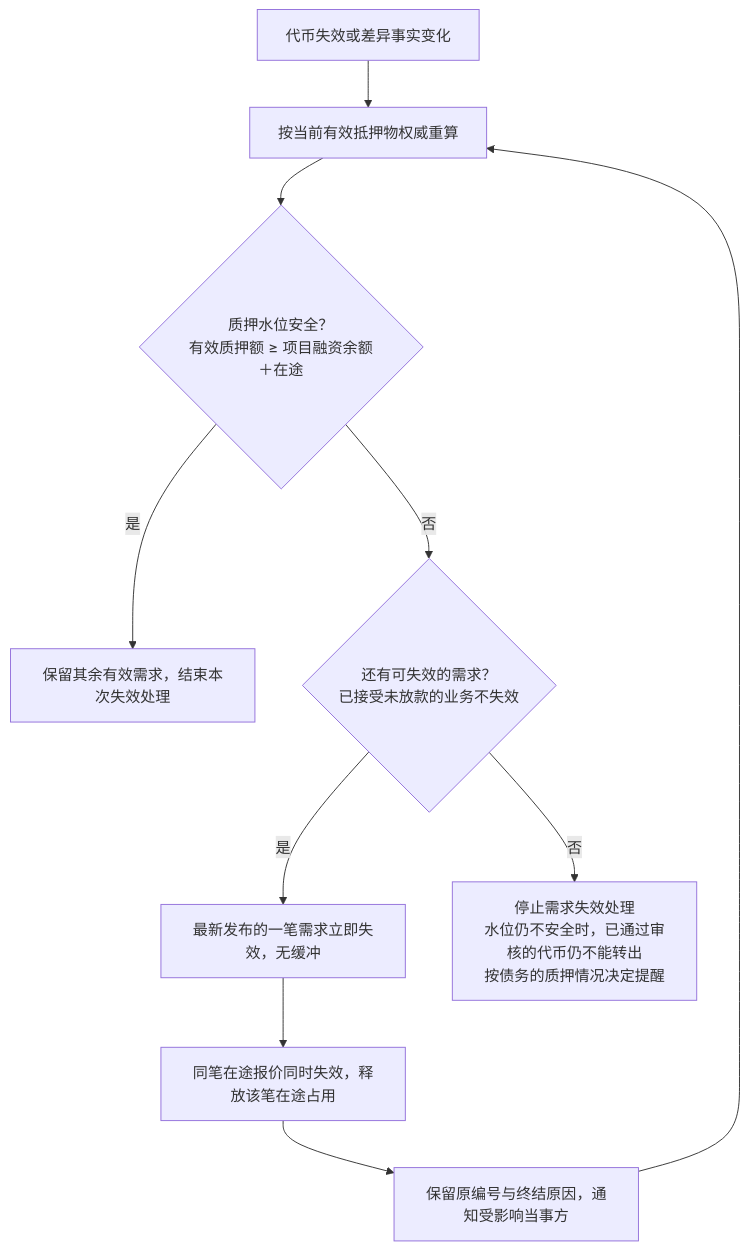
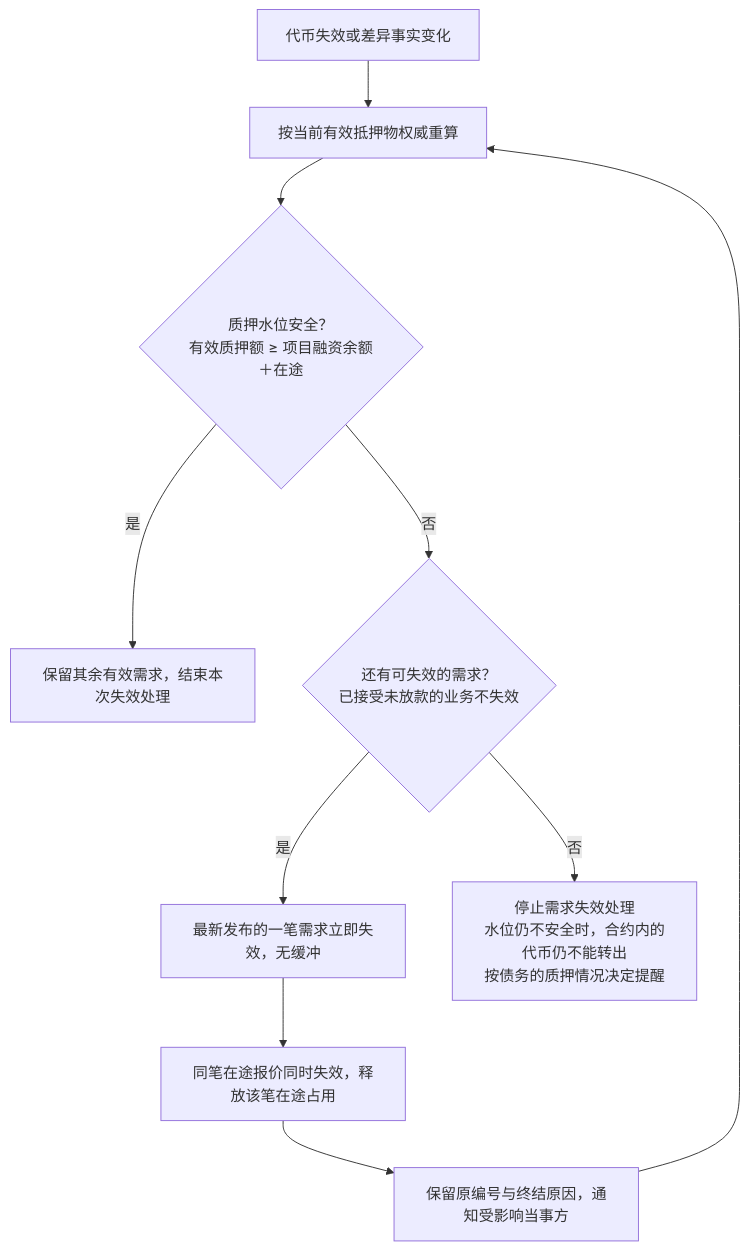
The fourth of 9 diagrams in lending-platform/PRD/面客端/05-借贷广场-融资需求与代币质押/02-融资需求与代币质押-流程图与状态机.md (wxblockchain/Chain-Financing), drawn with Mermaid before and after one commit. The commit also changed other lines of this file and 28 other files, not shown here.

````diff
--- a/lending-platform/PRD/面客端/05-借贷广场-融资需求与代币质押/02-融资需求与代币质押-流程图与状态机.md
+++ b/lending-platform/PRD/面客端/05-借贷广场-融资需求与代币质押/02-融资需求与代币质押-流程图与状态机.md
@@ -120,12 +112,12 @@
 ```mermaid
 flowchart TD
   A[代币失效或差异事实变化] --> B[按当前有效抵押物权威重算]
   B --> C{"质押水位安全？<br/>有效质押额 ≥ 项目融资余额＋在途"}
   C -- 是 --> D[保留其余有效需求，结束本次失效处理]
   C -- 否 --> E{"还有可失效的需求？<br/>已接受未放款的业务不失效"}
   E -- 是 --> F[最新发布的一笔需求立即失效，无缓冲]
   F --> G[同笔在途报价同时失效，释放该笔在途占用]
   G --> H[保留原编号与终结原因，通知受影响当事方]
   H --> B
-  E -- 否 --> I["停止需求失效处理<br/>水位仍不安全时，已通过审核的代币仍不能转出<br/>按债务的质押情况决定提醒"]
+  E -- 否 --> I["停止需求失效处理<br/>水位仍不安全时，合约内的代币仍不能转出<br/>按债务的质押情况决定提醒"]
 ```
````
